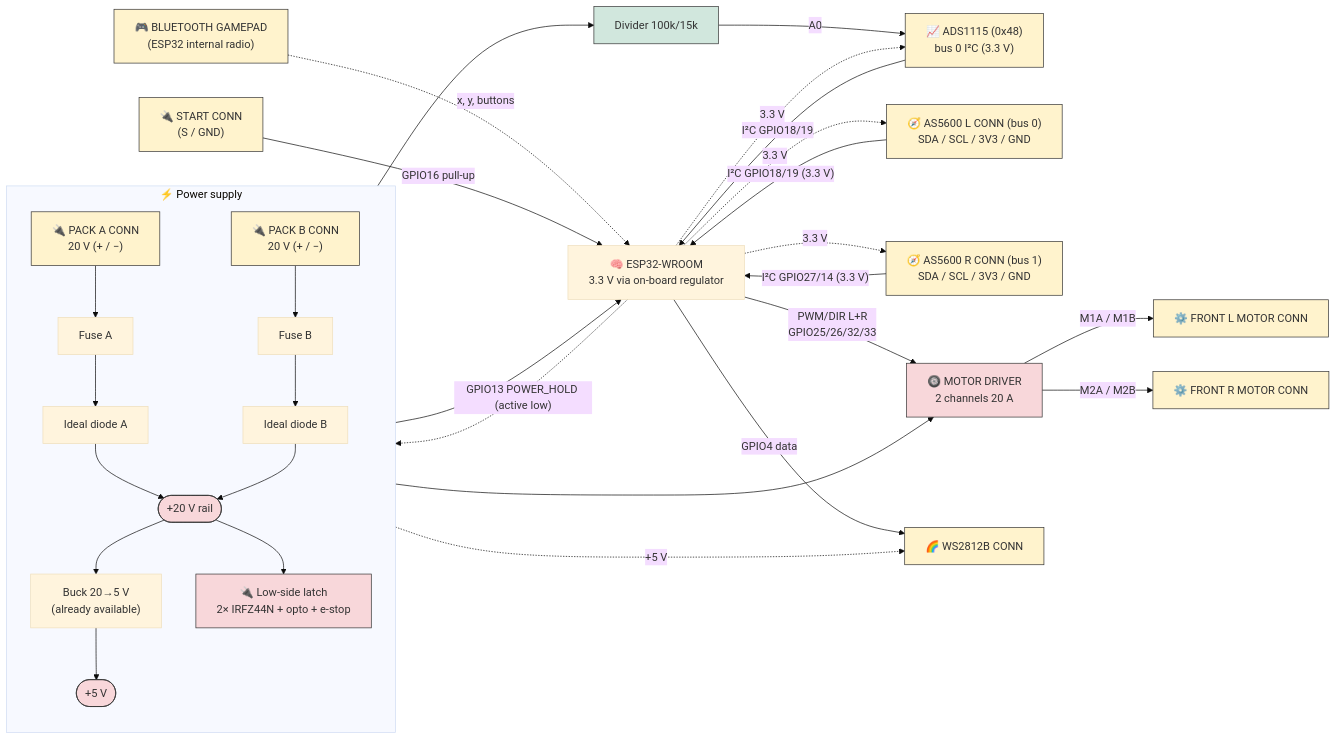
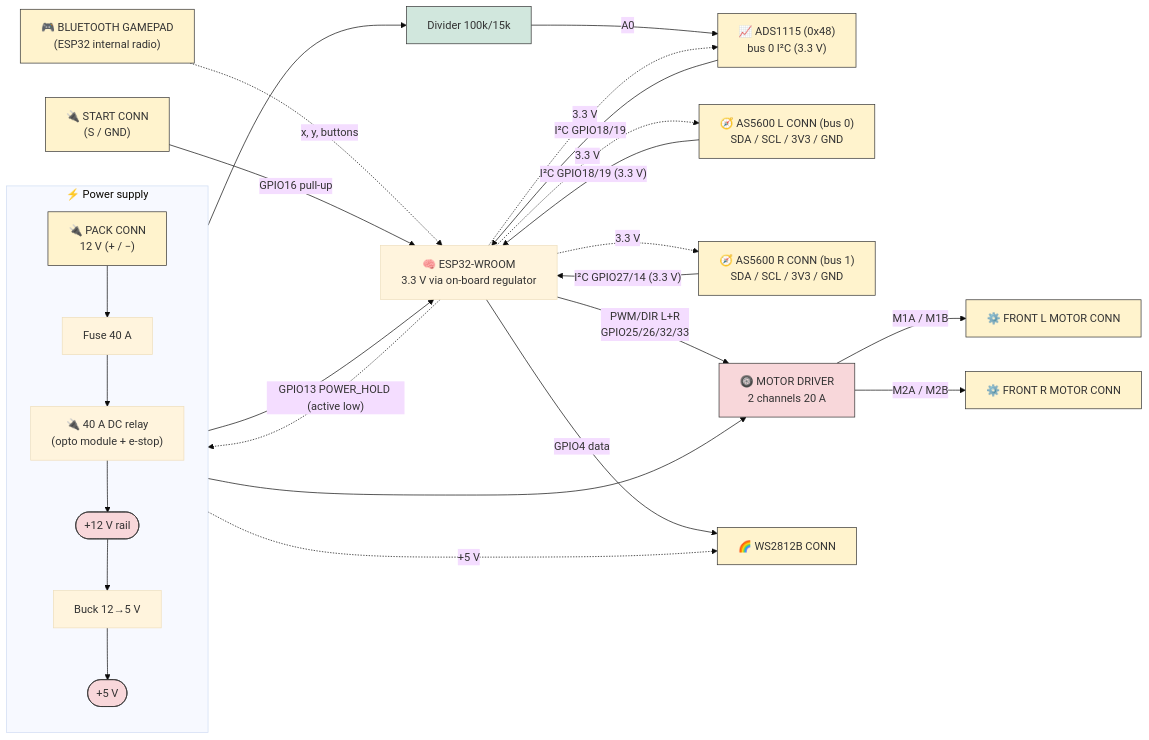
Before and after one commit to pinkymaxou/powered-soapbox-car: the seventh of 10 diagrams in README.md, drawn with Mermaid (base theme). The commit also changed other lines of this file, not shown here.

````diff
--- a/README.md
+++ b/README.md
@@ -495,41 +495,38 @@
 ```mermaid
 flowchart LR
     subgraph PWR["⚡ Power supply"]
         direction TB
-        PA["🔌 PACK A CONN<br/>20 V (+ / −)"] --> FA["Fuse A"] --> DA["Ideal diode A"]
-        PB["🔌 PACK B CONN<br/>20 V (+ / −)"] --> FB["Fuse B"] --> DB["Ideal diode B"]
-        DA --> RAIL(["+20 V rail"])
-        DB --> RAIL
-        RAIL --> BUCK["Buck 20→5 V<br/>(already available)"] --> V5(["+5 V"])
-        RAIL --> LATCH["🔌 Low-side latch<br/>2× IRFZ44N + opto + e-stop"]
+        PA["🔌 PACK CONN<br/>12 V (+ / −)"] --> FA["Fuse 40 A"] --> RLY["🔌 40 A DC relay<br/>(opto module + e-stop)"]
+        RLY --> RAIL(["+12 V rail"])
+        RAIL --> BUCK["Buck 12→5 V"] --> V5(["+5 V"])
     end
 
     ESP["🧠 ESP32-WROOM<br/>3.3 V via on-board regulator"]
     V5 --> ESP
-    ESP -. "GPIO13 POWER_HOLD (active low)" .-> LATCH
+    ESP -. "GPIO13 POWER_HOLD (active low)" .-> RLY
 
     PAD["🎮 BLUETOOTH GAMEPAD<br/>(ESP32 internal radio)"] -.->|"x, y, buttons"| ESP
     RAIL --> DIVB["Divider 100k/15k"] -->|"A0"| ADS["📈 ADS1115 (0x48)<br/>bus 0 I²C (3.3 V)"]
     ADS -->|"I²C GPIO18/19"| ESP
     EG["🧭 AS5600 L CONN (bus 0)<br/>SDA / SCL / 3V3 / GND"] -->|"I²C GPIO18/19 (3.3 V)"| ESP
     ED["🧭 AS5600 R CONN (bus 1)<br/>SDA / SCL / 3V3 / GND"] -->|"I²C GPIO27/14 (3.3 V)"| ESP
     BST["🔌 START CONN<br/>(S / GND)"] -->|"GPIO16 pull-up"| ESP
 
     ESP -->|"PWM/DIR L+R<br/>GPIO25/26/32/33"| DRV["🛞 MOTOR DRIVER<br/>2 channels 20 A"]
     RAIL --> DRV
     DRV -->|"M1A / M1B"| MG["⚙️ FRONT L MOTOR CONN"]
     DRV -->|"M2A / M2B"| MD["⚙️ FRONT R MOTOR CONN"]
     ESP -->|"GPIO4 data"| WS["🌈 WS2812B CONN"]
 
     V5 -. "+5 V" .-> WS
     ESP -. "3.3 V" .-> EG
     ESP -. "3.3 V" .-> ED
     ESP -. "3.3 V" .-> ADS
 
     classDef pwr fill:#f8d7da,stroke:#333;
     classDef conn fill:#fff3cd,stroke:#333;
     classDef cond fill:#d1e7dd,stroke:#333;
     class RAIL,V5,LATCH,DRV pwr;
     class PA,PB,PAD,EG,ED,ADS,BST,MG,MD,WS conn;
     class DIVB cond;
 ```
````
